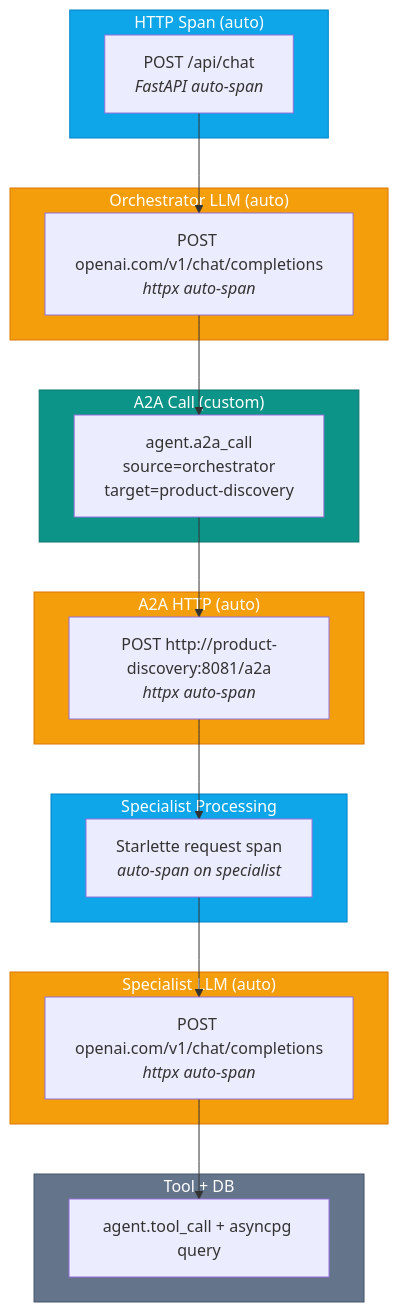
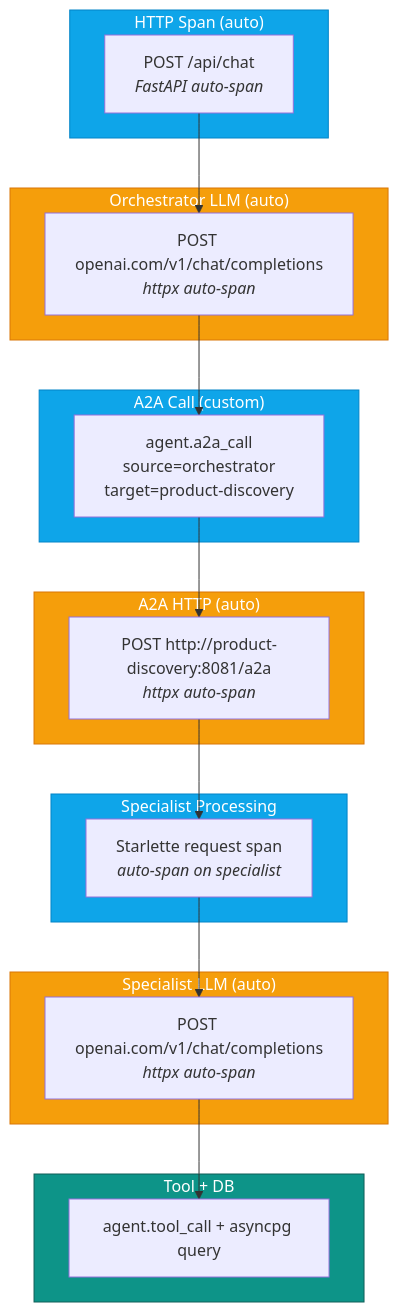
The third of 3 diagrams in docs/telemetry.md (nitin27may/e-commerce-agents), drawn with Mermaid before and after one commit. The commit also changed other lines of this file and 7 other files, not shown here.

````diff
--- a/docs/telemetry.md
+++ b/docs/telemetry.md
@@ -94,44 +94,44 @@
 ```mermaid
 graph TD
     subgraph HTTP["HTTP Span (auto)"]
         style HTTP fill:#0ea5e9,stroke:#0284c7,color:#fff
         A["POST /api/chat<br/><i>FastAPI auto-span</i>"]
     end
 
     subgraph LLM1["Orchestrator LLM (auto)"]
         style LLM1 fill:#f59e0b,stroke:#d97706,color:#fff
         B["POST openai.com/v1/chat/completions<br/><i>httpx auto-span</i>"]
     end
 
     subgraph A2A["A2A Call (custom)"]
-        style A2A fill:#0d9488,stroke:#0f766e,color:#fff
+        style A2A fill:#0ea5e9,stroke:#0284c7,color:#fff
         C["agent.a2a_call<br/>source=orchestrator<br/>target=product-discovery"]
     end
 
     subgraph A2AHTTP["A2A HTTP (auto)"]
         style A2AHTTP fill:#f59e0b,stroke:#d97706,color:#fff
         D["POST http://product-discovery:8081/a2a<br/><i>httpx auto-span</i>"]
     end
 
     subgraph Specialist["Specialist Processing"]
         style Specialist fill:#0ea5e9,stroke:#0284c7,color:#fff
         E["Starlette request span<br/><i>auto-span on specialist</i>"]
     end
 
     subgraph LLM2["Specialist LLM (auto)"]
         style LLM2 fill:#f59e0b,stroke:#d97706,color:#fff
         F["POST openai.com/v1/chat/completions<br/><i>httpx auto-span</i>"]
     end
 
     subgraph Tool["Tool + DB"]
-        style Tool fill:#64748b,stroke:#475569,color:#fff
+        style Tool fill:#0d9488,stroke:#115e59,color:#fff
         G["agent.tool_call + asyncpg query"]
     end
 
     A --> B
     B --> C
     C --> D
     D --> E
     E --> F
     F --> G
 ```
````
